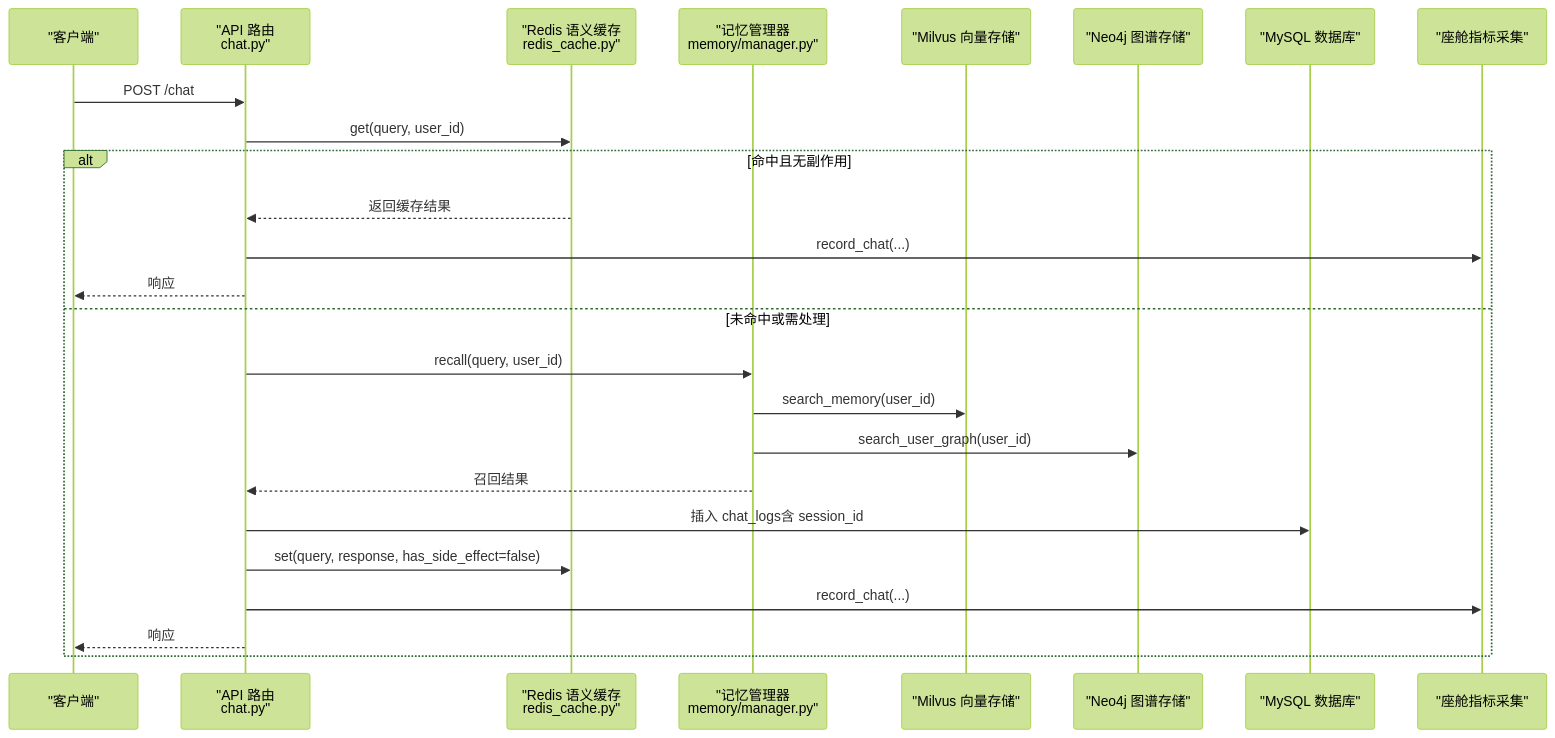
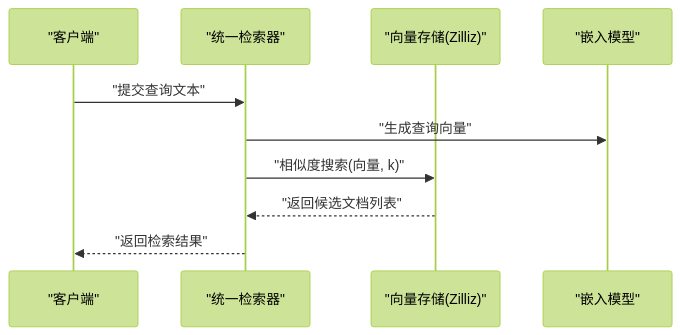
One commit to zmdhdu/NexusCockpit changed the third of 6 diagrams in .qoder/repowiki/zh/content/数据存储设计/数据存储设计.md. Above: the diagram before and after it, drawn with Mermaid (forest theme). The commit also changed other lines of this file and 535 other files, not shown here.

````diff
--- a/.qoder/repowiki/zh/content/数据存储设计/数据存储设计.md
+++ b/.qoder/repowiki/zh/content/数据存储设计/数据存储设计.md
@@ -120,27 +230,12 @@
 ```mermaid
 sequenceDiagram
-participant C as "客户端"
-participant API as "API 路由<br/>chat.py"
-participant RC as "Redis 语义缓存<br/>redis_cache.py"
-participant MM as "记忆管理器<br/>memory/manager.py"
-participant V as "Milvus 向量存储"
-participant G as "Neo4j 图谱存储"
-participant M as "MySQL 数据库"
-participant CM as "座舱指标采集"
-C->>API : POST /chat
-API->>RC : get(query, user_id)
-alt 命中且无副作用
-RC-->>API : 返回缓存结果
-API->>CM : record_chat(...)
-API-->>C : 响应
-else 未命中或需处理
-API->>MM : recall(query, user_id)
-MM->>V : search_memory(user_id)
-MM->>G : search_user_graph(user_id)
-MM-->>API : 召回结果
-API->>M : 插入 chat_logs含 session_id
-API->>RC : set(query, response, has_side_effect=false)
-API->>CM : record_chat(...)
-API-->>C : 响应
-end
+participant Client as "客户端"
+participant Retriever as "统一检索器"
+participant VectorStore as "向量存储(Zilliz)"
+participant Embedding as "嵌入模型"
+Client->>Retriever : "提交查询文本"
+Retriever->>Embedding : "生成查询向量"
+Retriever->>VectorStore : "相似度搜索(向量, k)"
+VectorStore-->>Retriever : "返回候选文档列表"
+Retriever-->>Client : "返回检索结果"
 ```
````
